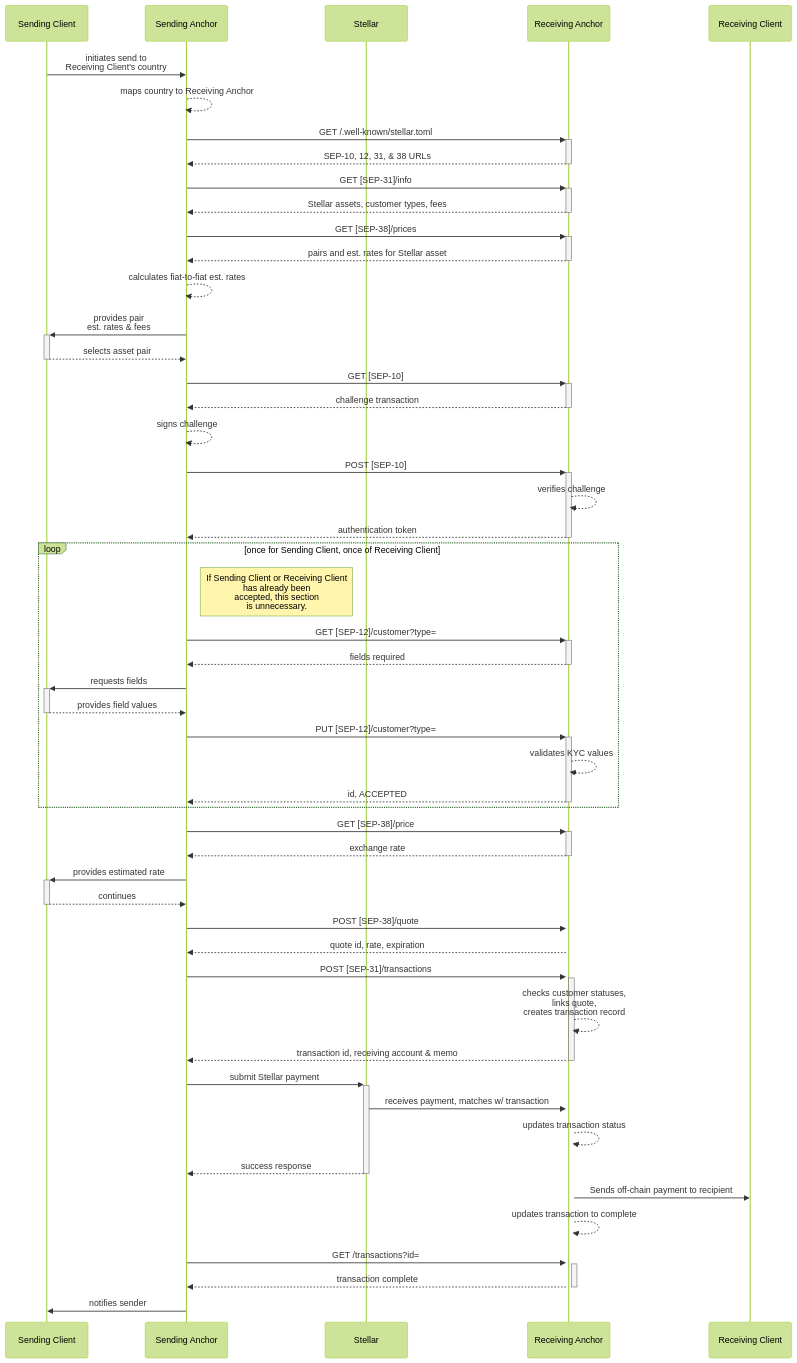
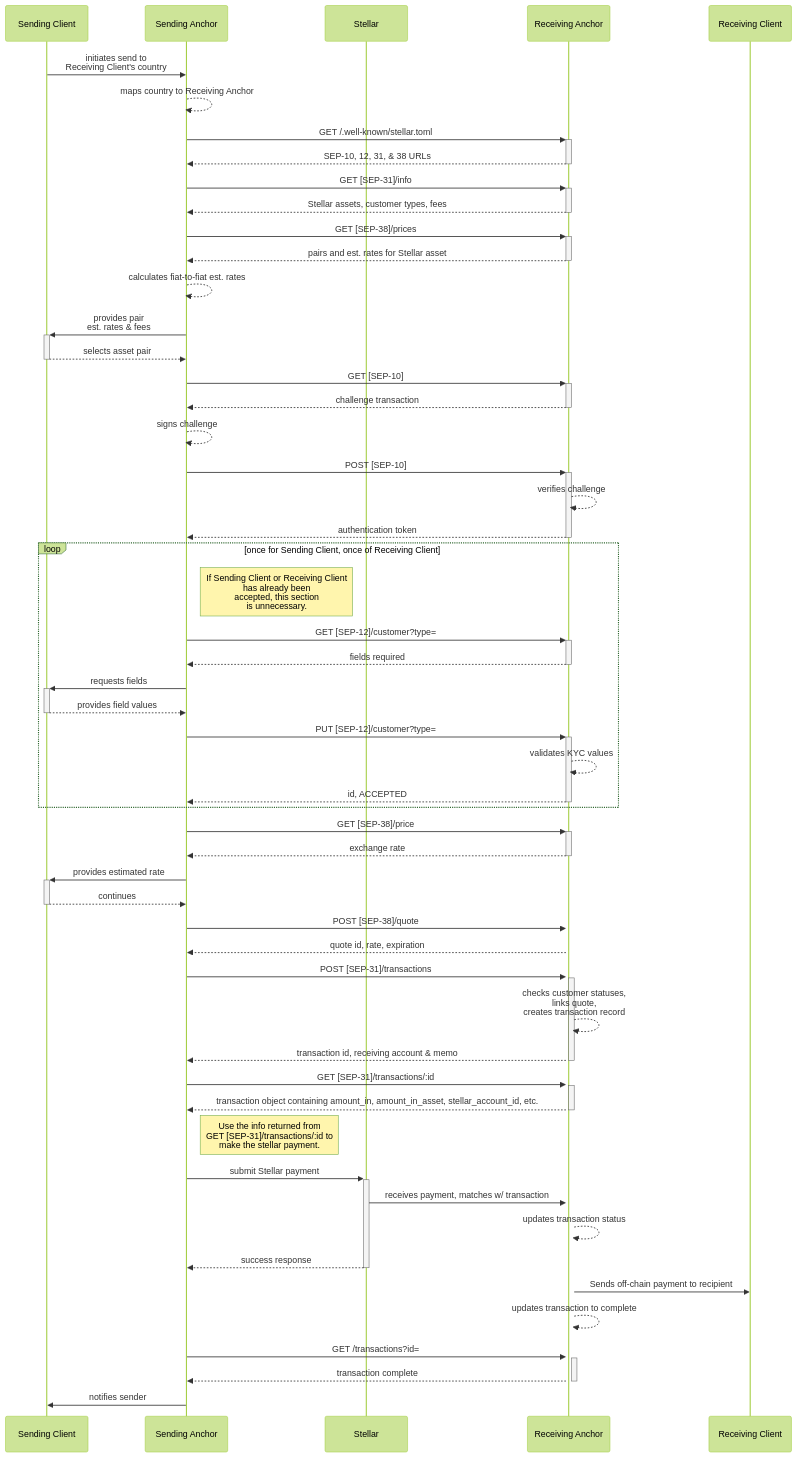
One commit to stellar/stellar-protocol changed the diagram in ecosystem/sep-0031.md. Above: the diagram before and after it, drawn with Mermaid (forest theme). The commit also changed other lines of this file, not shown here.

Commit message:
Update SEP-31's "Sending Anchor Flow" so the Sending Anchor needs to reach the `GET /transactions/:id` endpoint to get the payment information before sending the payment to the Receiving Anchor.

````diff
--- a/ecosystem/sep-0031.md
+++ b/ecosystem/sep-0031.md
@@ -47,61 +47,65 @@
 ```mermaid
 sequenceDiagram
     participant Sending Client
     participant Sending Anchor
     participant Stellar
     participant Receiving Anchor
     participant Receiving Client
     Sending Client->>Sending Anchor: initiates send to <br> Receiving Client's country
     Sending Anchor-->>Sending Anchor: maps country to Receiving Anchor
 
     Sending Anchor->>+Receiving Anchor: GET /.well-known/stellar.toml
     Receiving Anchor-->>-Sending Anchor: SEP-10, 12, 31, & 38 URLs
     Sending Anchor->>+Receiving Anchor: GET [SEP-31]/info
     Receiving Anchor-->>-Sending Anchor: Stellar assets, customer types, fees
     Sending Anchor->>+Receiving Anchor: GET [SEP-38]/prices
     Receiving Anchor-->>-Sending Anchor: pairs and est. rates for Stellar asset
 
     Sending Anchor-->>Sending Anchor: calculates fiat-to-fiat est. rates
     Sending Anchor->>+Sending Client: provides pair <br> est. rates & fees
     Sending Client-->>-Sending Anchor: selects asset pair
 
     Sending Anchor->>+Receiving Anchor: GET [SEP-10]
     Receiving Anchor-->>-Sending Anchor: challenge transaction
     Sending Anchor-->>Sending Anchor: signs challenge
     Sending Anchor->>+Receiving Anchor: POST [SEP-10]
     Receiving Anchor-->>Receiving Anchor: verifies challenge
     Receiving Anchor-->>-Sending Anchor: authentication token
 
     loop once for Sending Client, once of Receiving Client
         note right of Sending Anchor: If Sending Client or Receiving Client <br >has already been <br> accepted, this section <br> is unnecessary.
         Sending Anchor->>+Receiving Anchor: GET [SEP-12]/customer?type=
         Receiving Anchor-->>-Sending Anchor: fields required
         Sending Anchor->>+Sending Client: requests fields
         Sending Client-->>-Sending Anchor: provides field values
         Sending Anchor->>+Receiving Anchor: PUT [SEP-12]/customer?type=
         Receiving Anchor-->>Receiving Anchor: validates KYC values
         Receiving Anchor-->>-Sending Anchor: id, ACCEPTED
     end
 
     Sending Anchor->>+Receiving Anchor: GET [SEP-38]/price
     Receiving Anchor-->>-Sending Anchor: exchange rate
     Sending Anchor->>+Sending Client: provides estimated rate
     Sending Client-->>-Sending Anchor: continues
     Sending Anchor->>+Receiving Anchor: POST [SEP-38]/quote
     Receiving Anchor-->>Sending Anchor: quote id, rate, expiration
     
     Sending Anchor->>+Receiving Anchor: POST [SEP-31]/transactions
     Receiving Anchor-->>Receiving Anchor: checks customer statuses, <br> links quote, <br> creates transaction record
     Receiving Anchor-->>-Sending Anchor: transaction id, receiving account & memo
 
+    Sending Anchor->>+Receiving Anchor: GET [SEP-31]/transactions/:id
+    Receiving Anchor-->>-Sending Anchor: transaction object containing amount_in, amount_in_asset, stellar_account_id, etc.
+    note right of Sending Anchor: Use the info returned from <br>GET [SEP-31]/transactions/:id to <br>make the stellar payment.
+
     Sending Anchor->>+Stellar: submit Stellar payment
     Stellar->>+Receiving Anchor: receives payment, matches w/ transaction
     Receiving Anchor-->>Receiving Anchor: updates transaction status
     Stellar-->>-Sending Anchor: success response
 
     Receiving Anchor->>Receiving Client: Sends off-chain payment to recipient
     Receiving Anchor-->>Receiving Anchor: updates transaction to complete
     Sending Anchor->>+Receiving Anchor: GET /transactions?id=
     Receiving Anchor-->>-Sending Anchor: transaction complete
     Sending Anchor->>Sending Client: notifies sender
 ```
````
